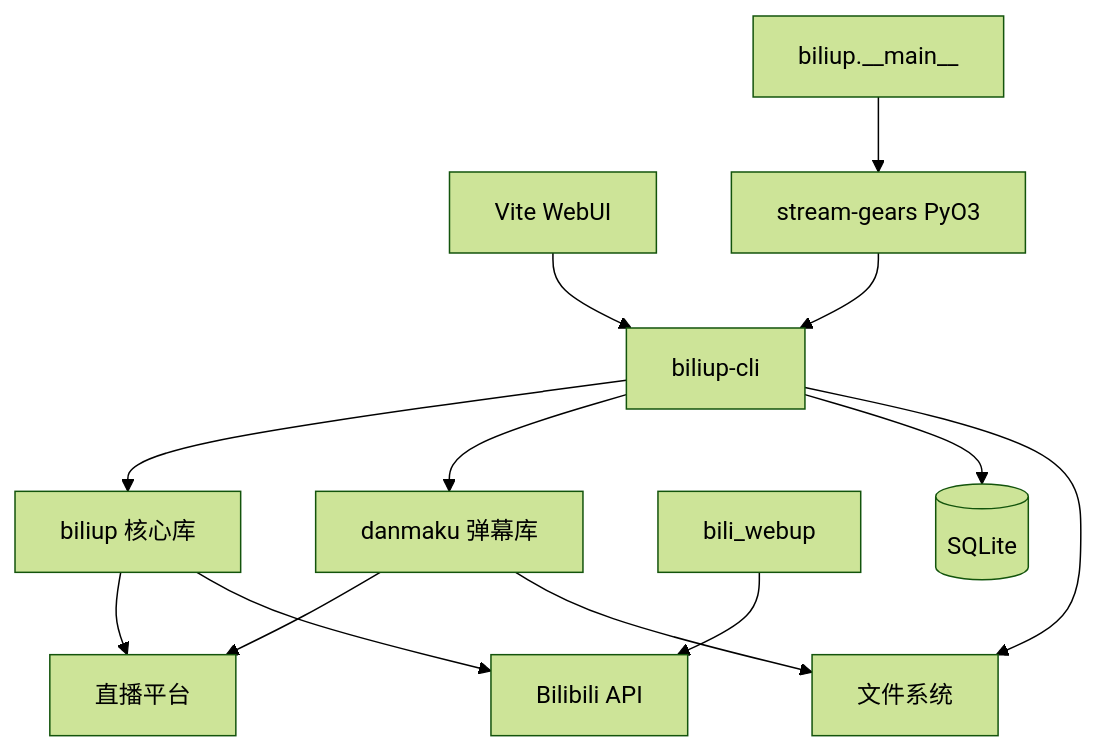
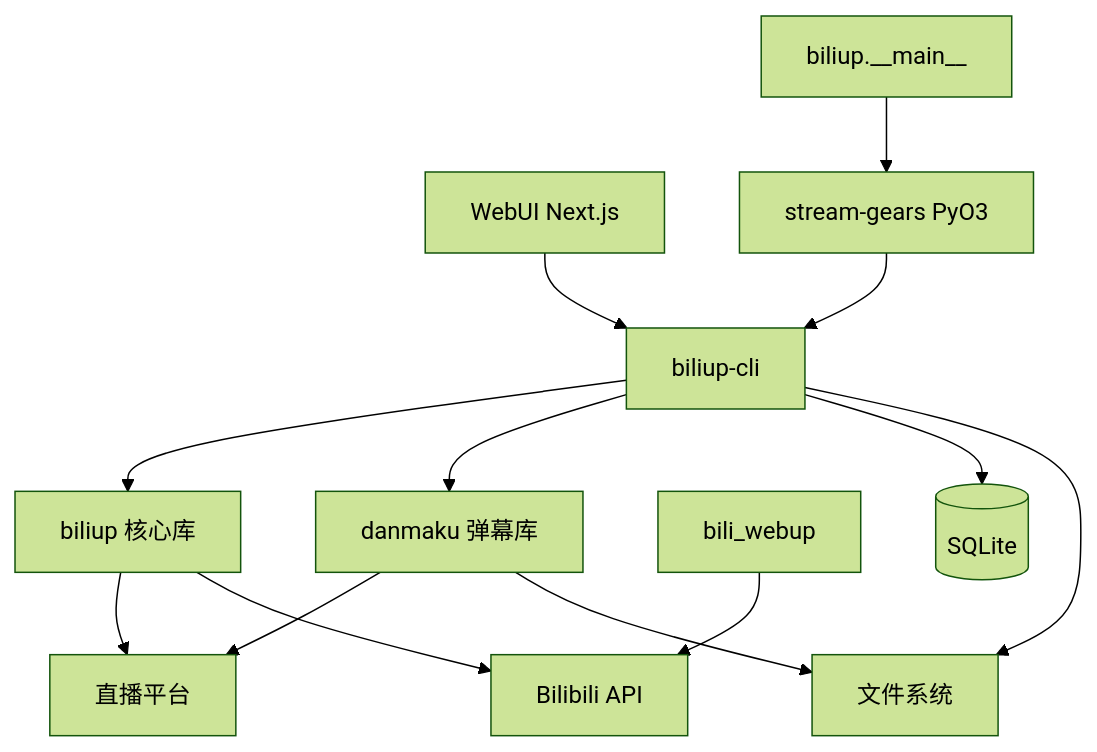
Before and after one commit to Aluneu/biliup-docs: the diagram in docs/guide/getting-started/更多/architecture.md, drawn with Mermaid (forest theme). The commit also changed other lines of this file and 5 other files, not shown here.

````diff
--- a/docs/guide/getting-started/更多/architecture.md
+++ b/docs/guide/getting-started/更多/architecture.md
@@ -9,27 +9,27 @@
 ```mermaid
 graph TB
-    UI[Vite WebUI]
+    UI[WebUI Next.js]
     CLI[biliup-cli]
     CORE[biliup 核心库]
     DANMAKU[danmaku 弹幕库]
     GEARS[stream-gears PyO3]
     PYENTRY[biliup.__main__]
     PYUPLOAD[bili_webup]
     DB[("SQLite")]
     FILES[文件系统]
     BILI[Bilibili API]
     STREAMS[直播平台]
 
     UI --> CLI
     CLI --> CORE
     CLI --> DANMAKU
     CLI --> DB
     CLI --> FILES
     CORE --> STREAMS
     CORE --> BILI
     DANMAKU --> STREAMS
     DANMAKU --> FILES
     GEARS --> CLI
     PYENTRY --> GEARS
     PYUPLOAD --> BILI
 ```
````
